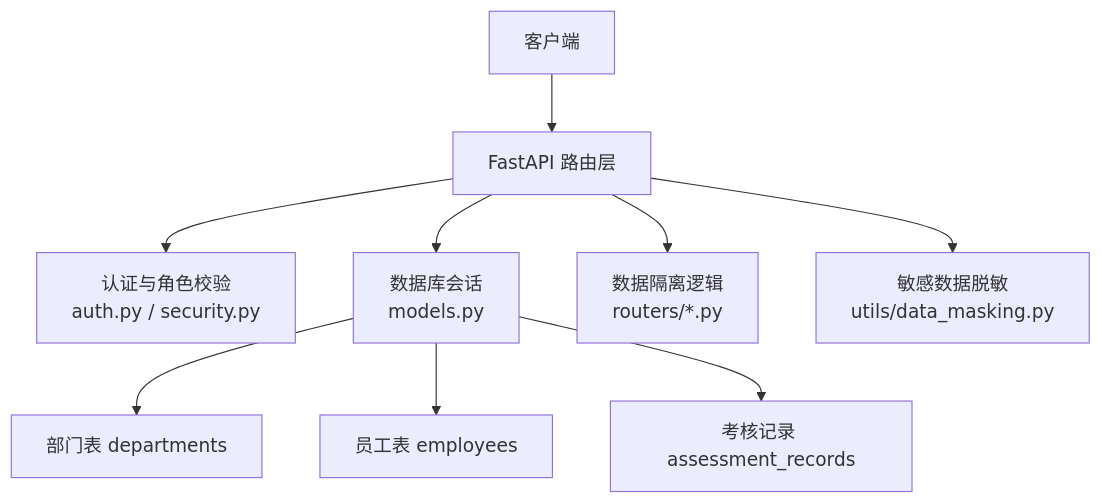
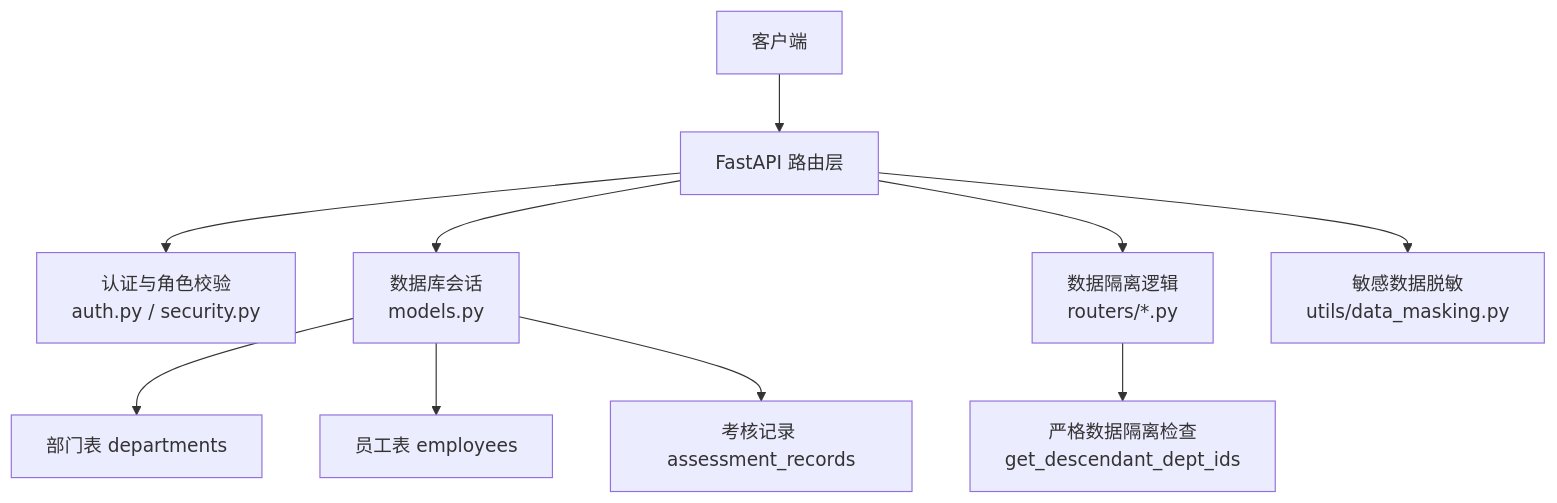
The first of 10 diagrams in .qoder/repowiki/zh/content/系统架构/安全架构设计/数据隔离机制.md (xgd561/performance_evaluation_system), drawn with Mermaid before and after one commit. The commit also changed other lines of this file and 136 other files, not shown here.

````diff
--- a/.qoder/repowiki/zh/content/系统架构/安全架构设计/数据隔离机制.md
+++ b/.qoder/repowiki/zh/content/系统架构/安全架构设计/数据隔离机制.md
@@ -53,11 +68,12 @@
 ```mermaid
 graph TB
 Client["客户端"] --> API["FastAPI 路由层"]
 API --> Auth["认证与角色校验<br/>auth.py / security.py"]
 API --> DB["数据库会话<br/>models.py"]
 API --> Isolation["数据隔离逻辑<br/>routers/*.py"]
 API --> Masking["敏感数据脱敏<br/>utils/data_masking.py"]
 DB --> Dept["部门表 departments"]
 DB --> Emp["员工表 employees"]
 DB --> Record["考核记录 assessment_records"]
+Isolation --> StrictCheck["严格数据隔离检查<br/>get_descendant_dept_ids"]
 ```
````
